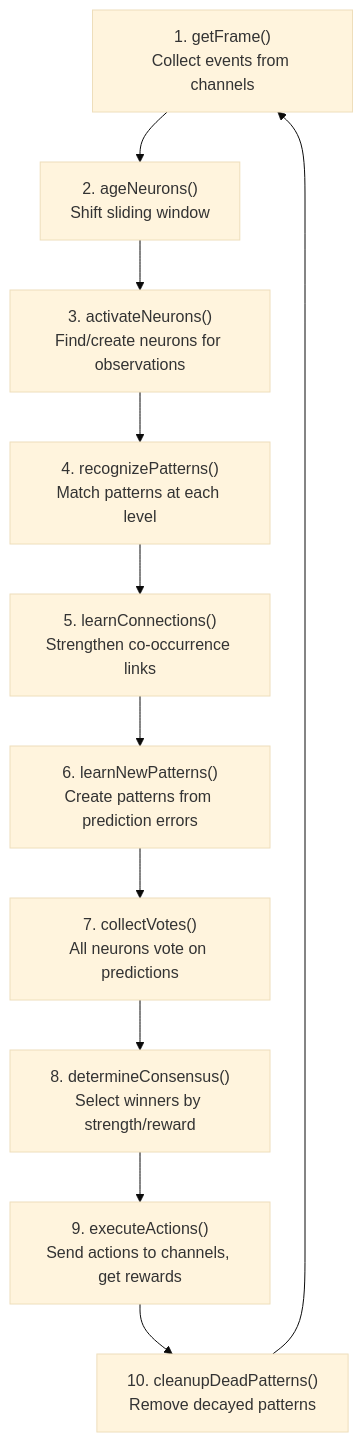
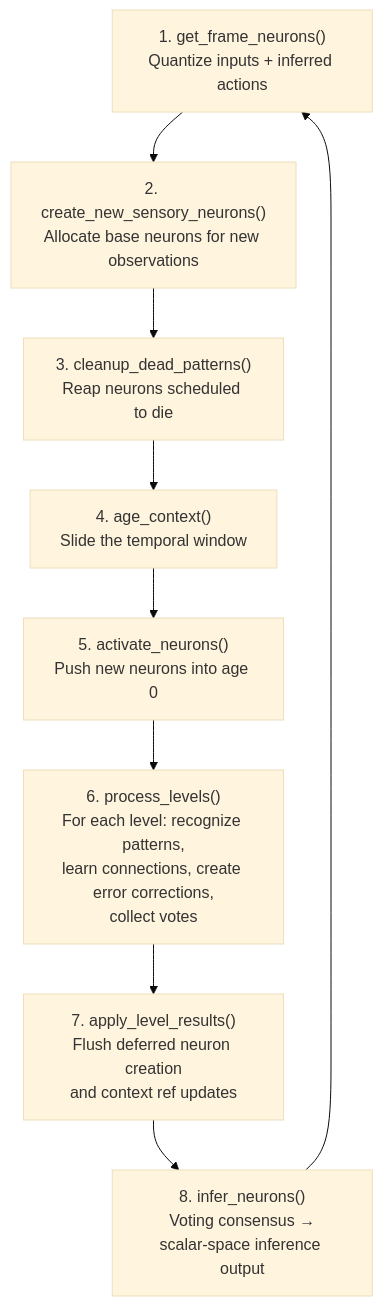
Before and after one commit to cucar/robot_brain: the second of 2 diagrams in docs/architecture.md, drawn with Mermaid (base theme). The commit also changed other lines of this file and 4 other files, not shown here.

````diff
--- a/docs/architecture.md
+++ b/docs/architecture.md
@@ -280,13 +265,11 @@
 ```mermaid
 flowchart TD
-    A["1. getFrame()<br/>Collect events from channels"] --> B["2. ageNeurons()<br/>Shift sliding window"]
-    B --> C["3. activateNeurons()<br/>Find/create neurons for observations"]
-    C --> D["4. recognizePatterns()<br/>Match patterns at each level"]
-    D --> E["5. learnConnections()<br/>Strengthen co-occurrence links"]
-    E --> F["6. learnNewPatterns()<br/>Create patterns from prediction errors"]
-    F --> G["7. collectVotes()<br/>All neurons vote on predictions"]
-    G --> H["8. determineConsensus()<br/>Select winners by strength/reward"]
-    H --> I["9. executeActions()<br/>Send actions to channels, get rewards"]
-    I --> J["10. cleanupDeadPatterns()<br/>Remove decayed patterns"]
-    J --> A
+    A["1. get_frame_neurons()<br/>Quantize inputs + inferred actions"] --> B["2. create_new_sensory_neurons()<br/>Allocate base neurons for new observations"]
+    B --> C["3. cleanup_dead_patterns()<br/>Reap neurons scheduled to die"]
+    C --> D["4. age_context()<br/>Slide the temporal window"]
+    D --> E["5. activate_neurons()<br/>Push new neurons into age 0"]
+    E --> F["6. process_levels()<br/>For each level: recognize patterns,<br/>learn connections, create error corrections,<br/>collect votes"]
+    F --> G["7. apply_level_results()<br/>Flush deferred neuron creation<br/>and context ref updates"]
+    G --> H["8. infer_neurons()<br/>Voting consensus →<br/>scalar-space inference output"]
+    H --> A
 ```
````
